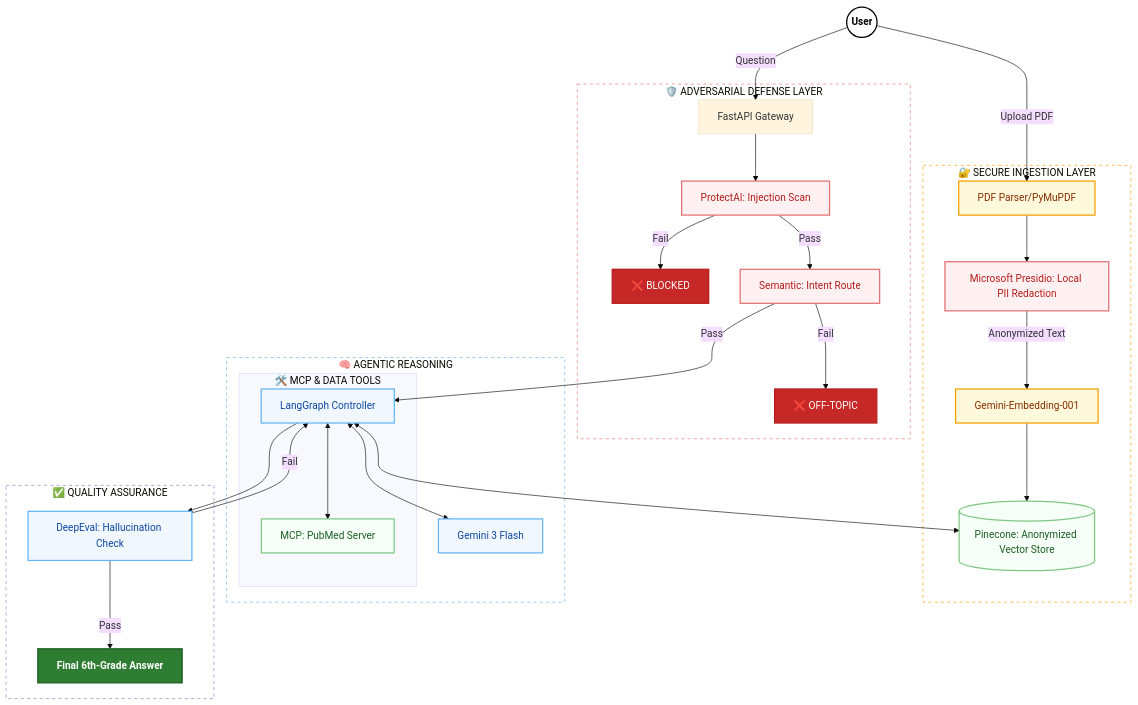
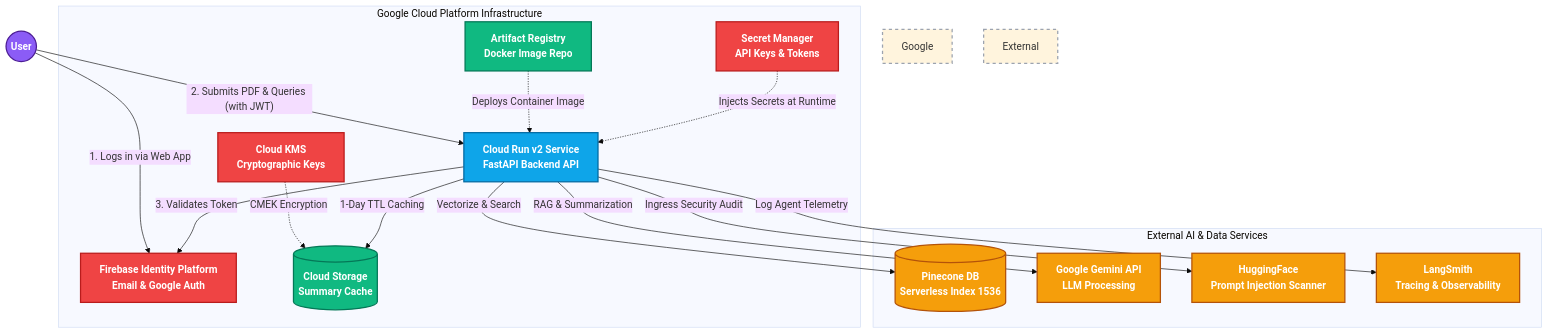
The first of 2 diagrams in docs/README.md (ramsundharVenkadesan/CliniClarity), drawn with Mermaid (base theme) before and after one commit.

````diff
--- a/docs/README.md
+++ b/docs/README.md
@@ -22,54 +22,48 @@
 ```mermaid
     graph TD
-    %% Global Styles
-    classDef userNode fill:#ffffff,stroke:#000,stroke-width:2px,color:#000,font-weight:bold;
-    classDef security fill:#fff1f1,stroke:#e57373,stroke-width:2px,color:#b71c1c;
-    classDef core fill:#f0f7ff,stroke:#64b5f6,stroke-width:2px,color:#0d47a1;
-    classDef tool fill:#f6fff8,stroke:#81c784,stroke-width:2px,color:#1b5e20;
-    classDef final fill:#2e7d32,stroke:#1b5e20,stroke-width:2px,color:#fff,font-weight:bold;
-    classDef block fill:#c62828,stroke:#b71c1c,stroke-width:2px,color:#fff;
-    classDef ingestion fill:#fff9db,stroke:#f59f00,stroke-width:2px,color:#862e00;
+    %% Define styles for Dark/Light mode compatibility
+    classDef user fill:#8b5cf6,stroke:#4c1d95,stroke-width:2px,color:#fff,font-weight:bold
+    classDef gcp fill:#0ea5e9,stroke:#0369a1,stroke-width:2px,color:#fff,font-weight:bold
+    classDef data fill:#10b981,stroke:#047857,stroke-width:2px,color:#fff,font-weight:bold
+    classDef external fill:#f59e0b,stroke:#b45309,stroke-width:2px,color:#fff,font-weight:bold
+    classDef security fill:#ef4444,stroke:#b91c1c,stroke-width:2px,color:#fff,font-weight:bold
 
-    %% 1. Secure Ingestion Pipeline
-    User((User)):::userNode -->|Upload PDF| PDF[PDF Parser/PyMuPDF]:::ingestion
-    
-    subgraph SI [🔐 SECURE INGESTION LAYER]
-        PDF --> Presidio[Microsoft Presidio: Local PII Redaction]:::security
-        Presidio -->|Anonymized Text| Embed[Gemini-Embedding-001]:::ingestion
-        Embed --> VectorDB[(Pinecone: Anonymized Vector Store)]:::tool
+    Client((User)):::user
+
+    subgraph Google Cloud Platform [Google Cloud Platform Infrastructure]
+        style Google Cloud Platform fill:transparent,stroke:#9ca3af,stroke-width:2px,stroke-dasharray: 5 5
+
+        Firebase[Firebase Identity Platform<br/>Email & Google Auth]:::security
+        CloudRun[Cloud Run v2 Service<br/>FastAPI Backend API]:::gcp
+        SecretManager[Secret Manager<br/>API Keys & Tokens]:::security
+        GCS[(Cloud Storage<br/>Summary Cache)]:::data
+        KMS[Cloud KMS<br/>Cryptographic Keys]:::security
+        ArtifactRegistry[Artifact Registry<br/>Docker Image Repo]:::data
     end
 
-    %% 2. Adversarial Query Defense
-    User -->|Question| API[FastAPI Gateway]
-    
-    subgraph SG [🛡️ ADVERSARIAL DEFENSE LAYER]
-        API --> PI[ProtectAI: Injection Scan]:::security
-        PI -->|Fail| Block1[❌ BLOCKED]:::block
-        PI -->|Pass| MI[Semantic: Intent Route]:::security
-        MI -->|Fail| Block2[❌ OFF-TOPIC]:::block
+    subgraph External Services [External AI & Data Services]
+        style External Services fill:transparent,stroke:#9ca3af,stroke-width:2px,stroke-dasharray: 5 5
+
+        Pinecone[(Pinecone DB<br/>Serverless Index 1536)]:::external
+        Gemini[Google Gemini API<br/>LLM Processing]:::external
+        HuggingFace[HuggingFace<br/>Prompt Injection Scanner]:::external
+        LangSmith[LangSmith<br/>Tracing & Observability]:::external
     end
 
-    %% 3. Agentic Reasoning
-    subgraph AC [🧠 AGENTIC REASONING]
-        MI -->|Pass| Agent[LangGraph Controller]:::core
-        Agent <--> LLM[Gemini 3 Flash]:::core
-        
-        subgraph TL [🛠️ MCP & DATA TOOLS]
-            Agent <--> VectorDB
-            Agent <--> PubMed[MCP: PubMed Server]:::tool
-        end
-    end
+    %% Client Interactions
+    Client -- "1. Logs in via Web App" --> Firebase
+    Client -- "2. Submits PDF & Queries (with JWT)" --> CloudRun
+    CloudRun -- "3. Validates Token" --> Firebase
 
-    %% 4. Quality Assurance
-    subgraph VQ [✅ QUALITY ASSURANCE]
-        Agent --> Eval[DeepEval: Hallucination Check]:::core
-        Eval -->|Pass| Out[Final 6th-Grade Answer]:::final
-        Eval -->|Fail| Agent
-    end
+    %% GCP Internal Dependencies
+    ArtifactRegistry -. "Deploys Container Image" .-> CloudRun
+    SecretManager -. "Injects Secrets at Runtime" .-> CloudRun
+    KMS -. "CMEK Encryption" .-> GCS
 
-    %% Apply Container Styles
-    style SI fill:none,stroke:#f59f00,stroke-dasharray: 5 5
-    style SG fill:none,stroke:#e57373,stroke-dasharray: 5 5
-    style AC fill:none,stroke:#64b5f6,stroke-dasharray: 5 5
-    style VQ fill:none,stroke:#9575cd,stroke-dasharray: 5 5
+    %% Cloud Run Workflow Logic
+    CloudRun -- "1-Day TTL Caching" --> GCS
+    CloudRun -- "Ingress Security Audit" --> HuggingFace
+    CloudRun -- "Vectorize & Search" --> Pinecone
+    CloudRun -- "RAG & Summarization" --> Gemini
+    CloudRun -- "Log Agent Telemetry" --> LangSmith
 ```
````
